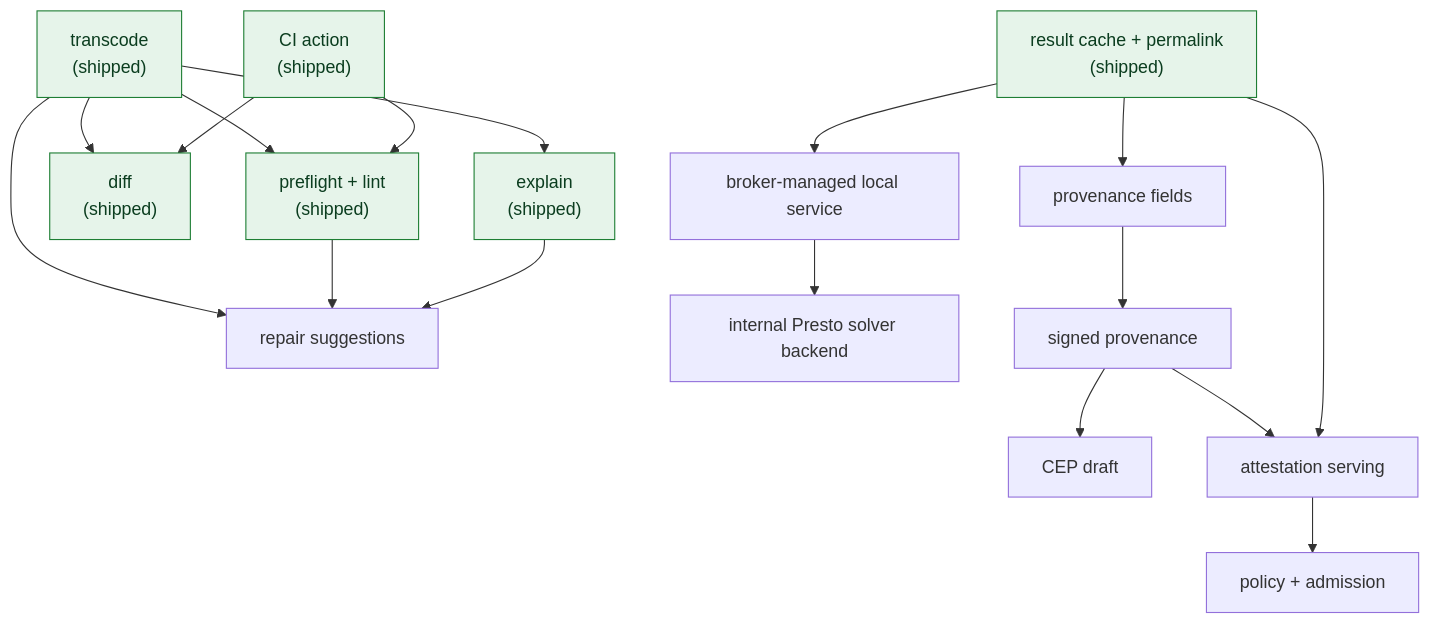
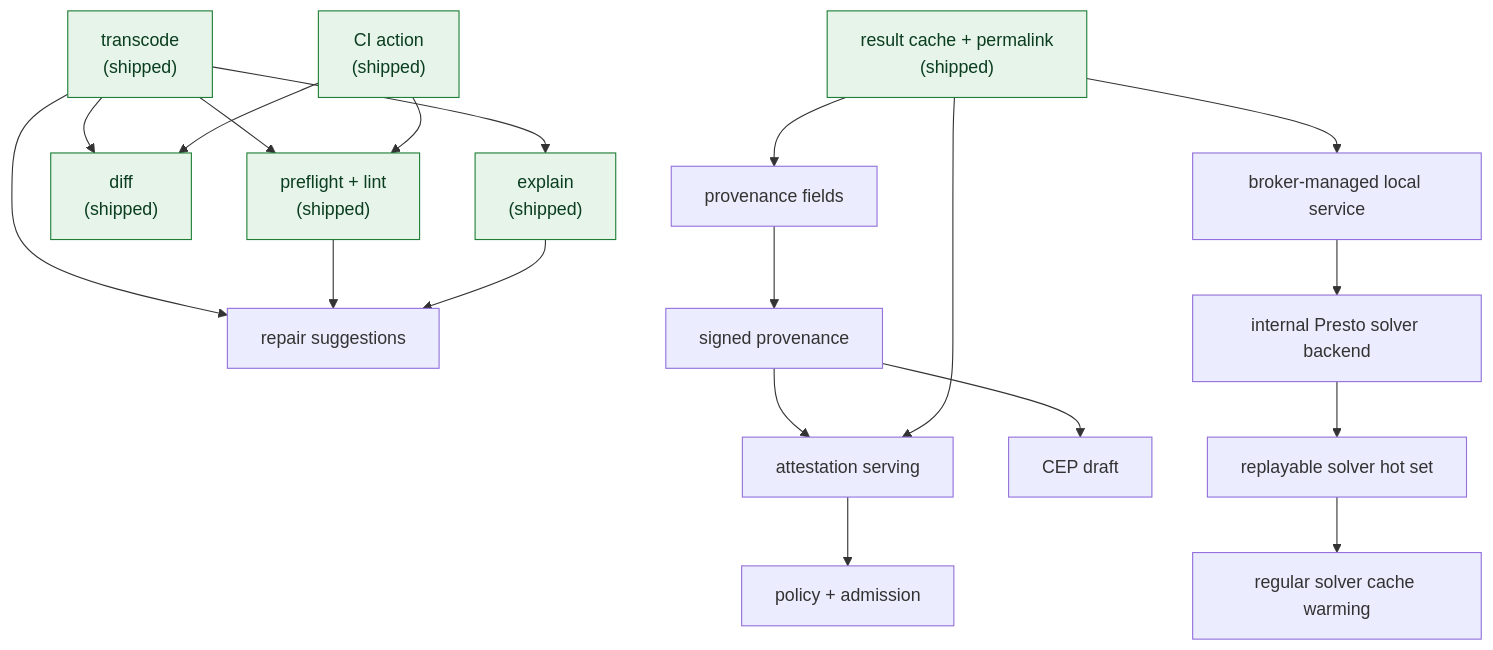
The diagram in docs/proposals.md (jezdez/conda-presto), drawn with Mermaid before and after one commit. The commit also changed other lines of this file and 13 other files, not shown here.

Commit message:
Track solver requests for cache warming

````diff
--- a/docs/proposals.md
+++ b/docs/proposals.md
@@ -69,22 +71,24 @@
 ```{mermaid}
 graph TD
     T["transcode\n(shipped)"] --> PF["preflight + lint\n(shipped)"]
     T --> RPR["repair suggestions"]
     T --> D["diff\n(shipped)"]
     T --> E["explain\n(shipped)"]
     P["result cache + permalink\n(shipped)"] --> PV["provenance fields"]
     P --> B["broker-managed local service"]
     B --> FS["internal Presto solver backend"]
+    FS --> HS["replayable solver hot set"]
+    HS --> CW["regular solver cache warming"]
     PF --> RPR
     E --> RPR
     PV --> A["signed provenance"]
     A --> CEP["CEP draft"]
     A --> S["attestation serving"]
     P --> S
     S --> AD["policy + admission"]
     GH["CI action\n(shipped)"] --> PF
     GH --> D
 
     classDef shipped fill:#e6f4ea,stroke:#1e7e34,color:#0b3d1f;
     class T,P,GH,PF,D,E shipped;
 ```
````
